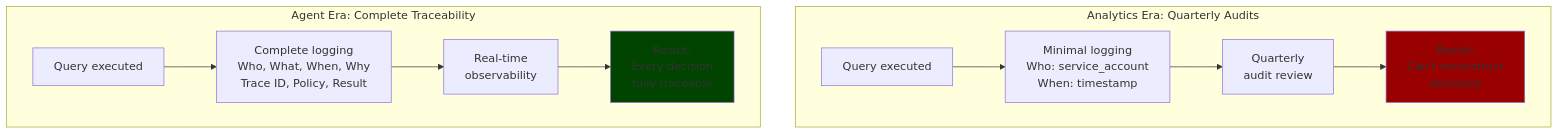
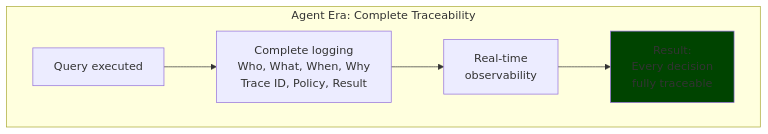
One commit to colaberry/enterprise-data-readiness-ai-agents changed diagram 12 of 12 in chapter-00/chapter_00_complete.md. Above: the diagram before and after it, drawn with Mermaid. The commit also changed other lines of this file, not shown here.

````diff
--- a/chapter-00/chapter_00_complete.md
+++ b/chapter-00/chapter_00_complete.md
@@ -567,17 +586,10 @@
 ```mermaid
 graph TB
-    subgraph "Analytics Era: Quarterly Audits"
-        A1[Query executed] --> A2[Minimal logging<br/>Who: service_account<br/>When: timestamp]
-        A2 --> A3[Quarterly<br/>audit review]
-        A3 --> A4[Result:<br/>Can't reconstruct<br/>decisions]
-    end
-    
     subgraph "Agent Era: Complete Traceability"
         B1[Query executed] --> B2[Complete logging<br/>Who, What, When, Why<br/>Trace ID, Policy, Result]
         B2 --> B3[Real-time<br/>observability]
         B3 --> B4[Result:<br/>Every decision<br/>fully traceable]
     end
     
-    style A4 fill:#990000
     style B4 fill:#004400
 ```
````
